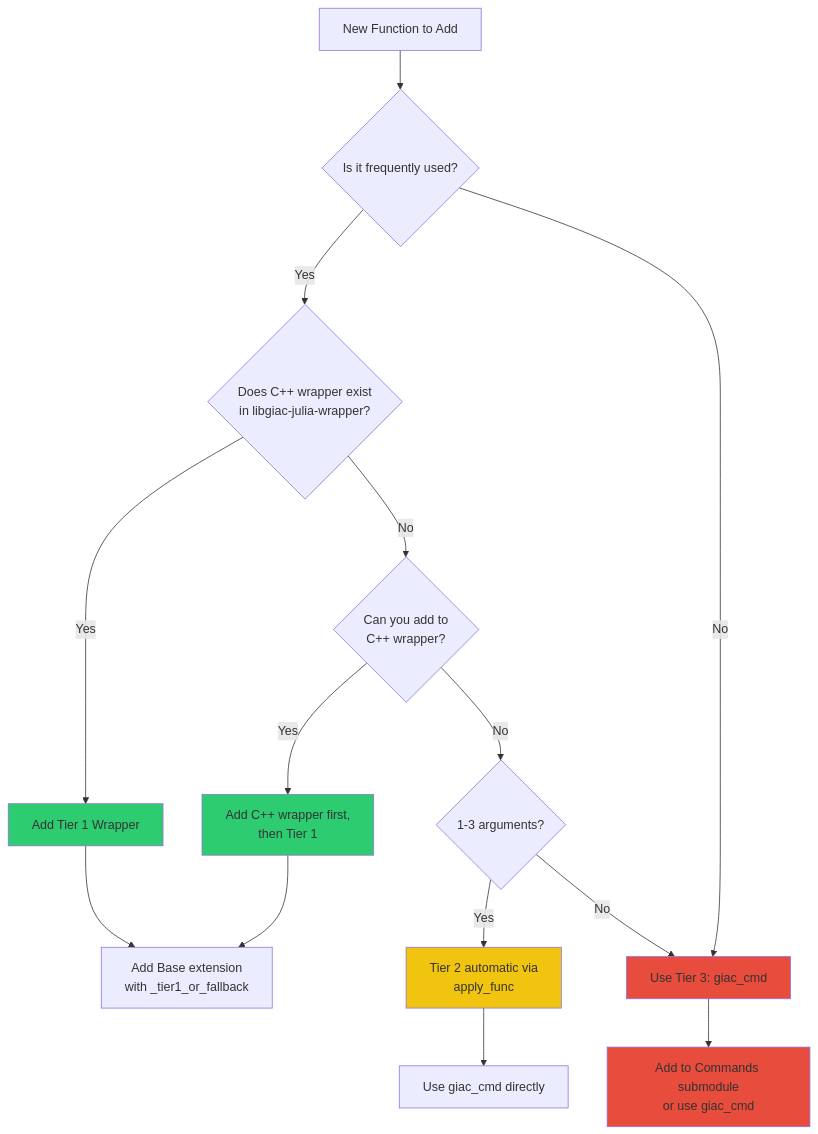
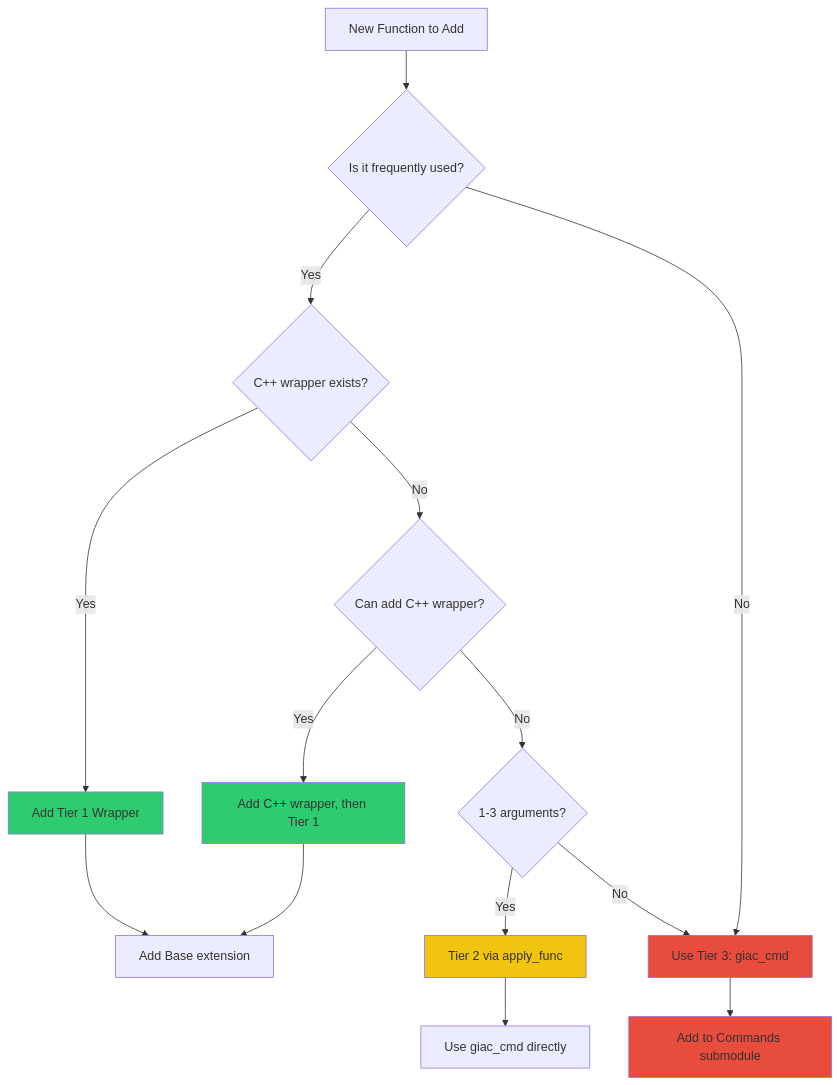
The diagram in docs/src/developer/contributing.md (s-celles/Giac.jl), drawn with Mermaid before and after one commit. The commit also changed 2 other files, not shown here.

Commit message:
fix: update Mermaid diagrams for v11.x compatibility
Remove <br/> tags from Mermaid diagram node labels which cause
syntax errors in Mermaid 11.x. Use parentheses and shorter labels
instead.

````diff
--- a/docs/src/developer/contributing.md
+++ b/docs/src/developer/contributing.md
@@ -9,26 +9,26 @@
 ```mermaid
 flowchart TD
     A[New Function to Add] --> B{Is it frequently used?}
-    B -->|Yes| C{Does C++ wrapper exist<br/>in libgiac-julia-wrapper?}
+    B -->|Yes| C{C++ wrapper exists?}
     B -->|No| D[Use Tier 3: giac_cmd]
 
     C -->|Yes| E[Add Tier 1 Wrapper]
-    C -->|No| F{Can you add to<br/>C++ wrapper?}
+    C -->|No| F{Can add C++ wrapper?}
 
-    F -->|Yes| G[Add C++ wrapper first,<br/>then Tier 1]
+    F -->|Yes| G[Add C++ wrapper, then Tier 1]
     F -->|No| H{1-3 arguments?}
 
-    H -->|Yes| I[Tier 2 automatic via<br/>apply_func]
+    H -->|Yes| I[Tier 2 via apply_func]
     H -->|No| D
 
-    E --> J[Add Base extension<br/>with _tier1_or_fallback]
+    E --> J[Add Base extension]
     G --> J
     I --> K[Use giac_cmd directly]
-    D --> L[Add to Commands submodule<br/>or use giac_cmd]
+    D --> L[Add to Commands submodule]
 
     style E fill:#2ecc71
     style G fill:#2ecc71
     style I fill:#f1c40f
     style D fill:#e74c3c
     style L fill:#e74c3c
 ```
````
